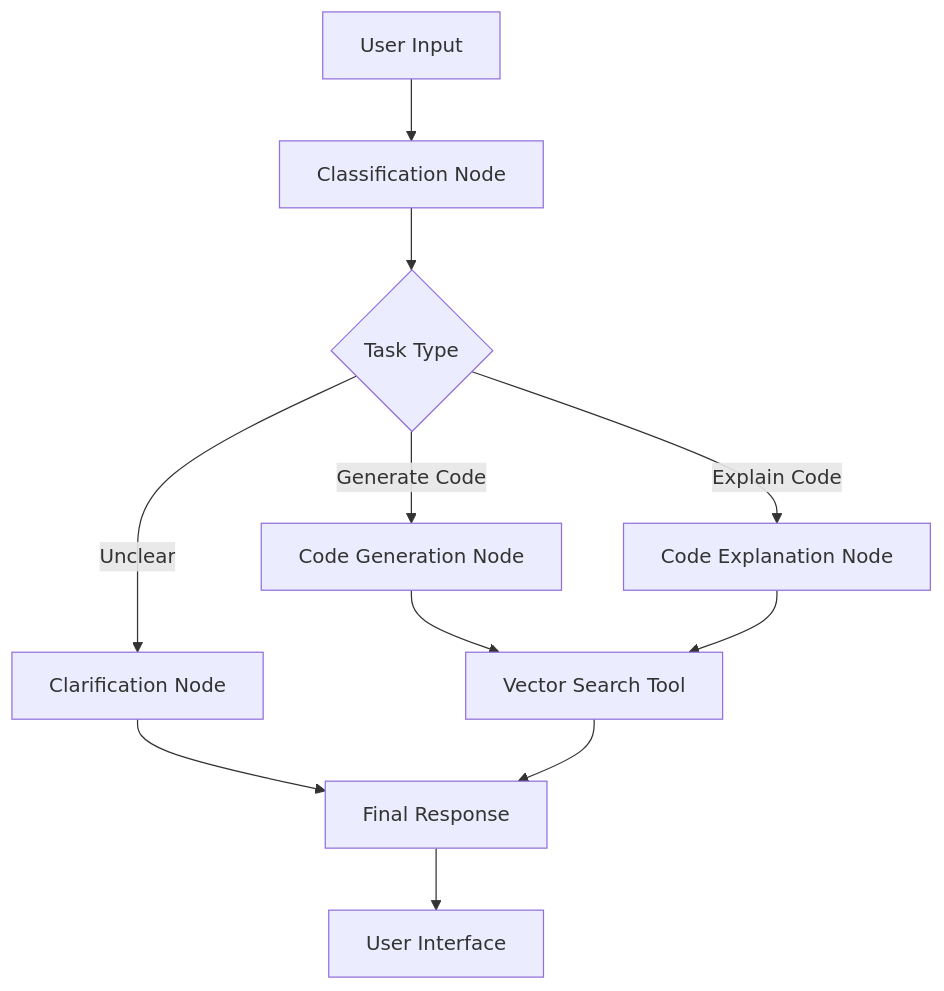
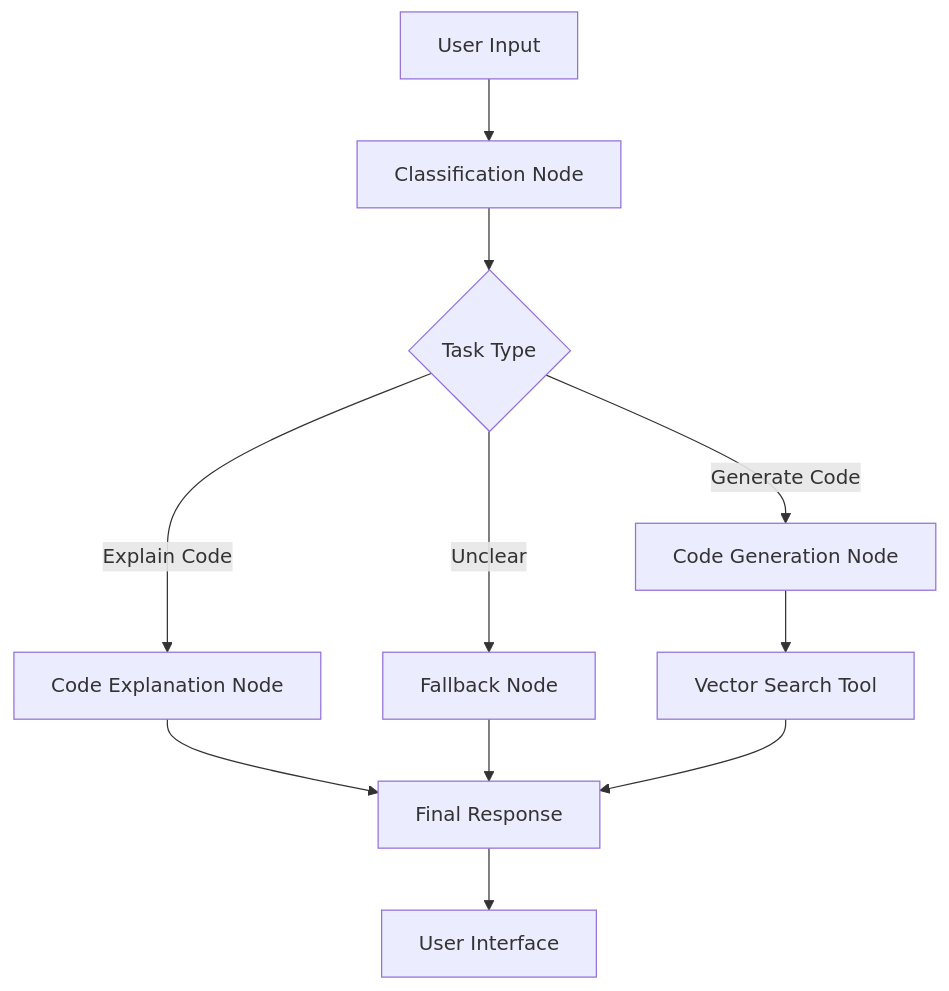
One commit to Shrouk21/Code-Assistant changed the diagram in README.md. Above: the diagram before and after it, drawn with Mermaid.

````diff
--- a/README.md
+++ b/README.md
@@ -20,13 +20,13 @@
 ```mermaid
 graph TD
     A[User Input] --> B[Classification Node]
     B --> C{Task Type}
     C -->|Generate Code| D[Code Generation Node]
     C -->|Explain Code| E[Code Explanation Node]  
-    C -->|Unclear| F[Clarification Node]
+    C -->|Unclear| F[Fallback Node]
     D --> G[Vector Search Tool]
-    E --> G
-    F --> H[Final Response]
+    E --> H[Final Response]
+    F --> H
     G --> H
     H --> I[User Interface]
 ```
````
